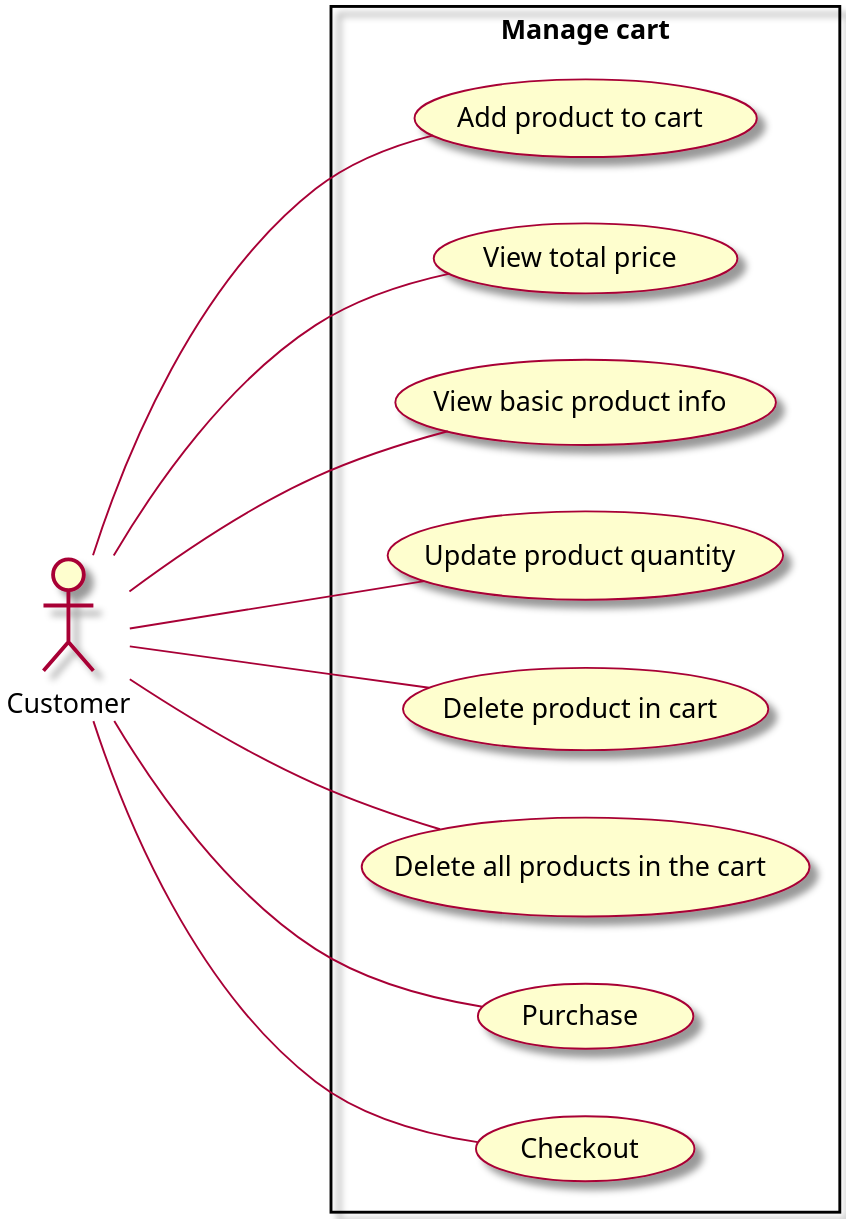
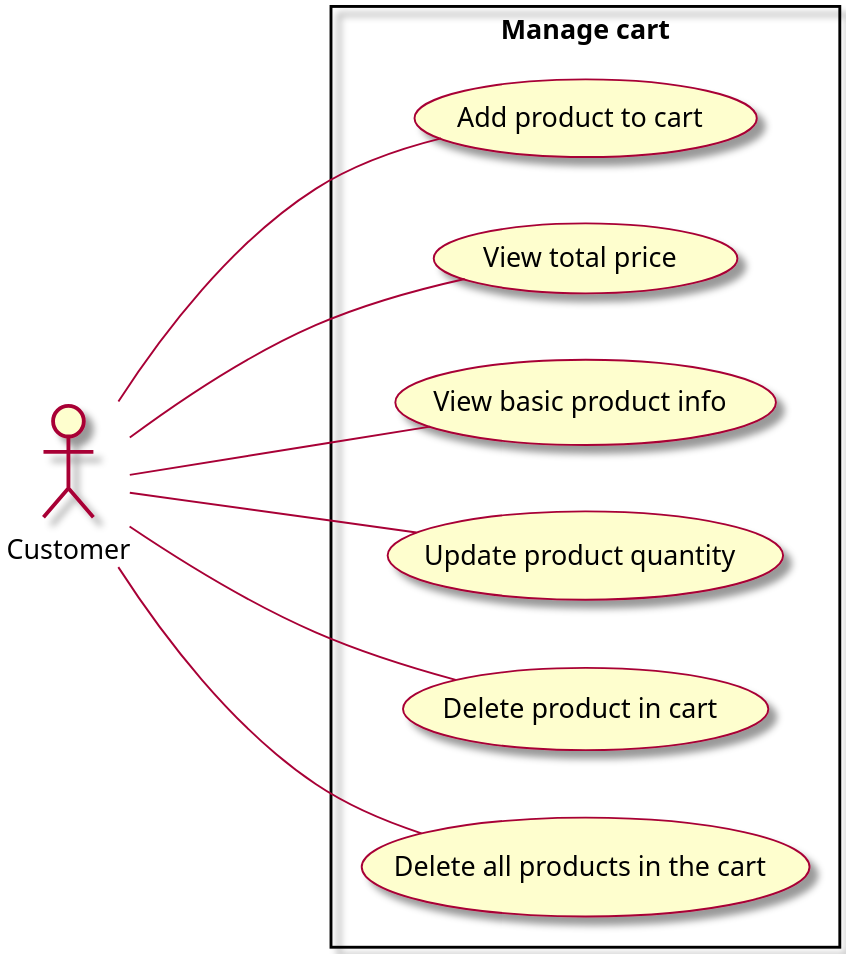
Before and after one commit to Marowota/ecommerce-plantuml: the diagram in Usecase/2. ManageCart.puml, drawn with PlantUML.

Commit message:
update cart

```diff
--- a/Usecase/2. ManageCart.puml
+++ b/Usecase/2. ManageCart.puml
@@ -1,29 +1,25 @@
 @startuml ManageCart
 
 left to right direction
 scale 3
 skin rose
 
 actor Customer as customer
 
 rectangle "Manage cart" {
     usecase (Add product to cart) as tspvgh
     usecase (View total price) as xtgt
     usecase (View basic product info) as xttcbcsp
     usecase (Update product quantity) as sslsp
     usecase (Delete product in cart) as xsptrgh
     usecase (Delete all products in the cart) as xttcsptrgh
-    usecase (Purchase) as pc
-    usecase (Checkout) as ckout
 }
 
 customer --- tspvgh
 customer --- xtgt
 customer --- xttcbcsp
 customer --- sslsp
 customer --- xsptrgh
 customer --- xttcsptrgh
-customer --- pc
-customer --- ckout
 
 @enduml
```
